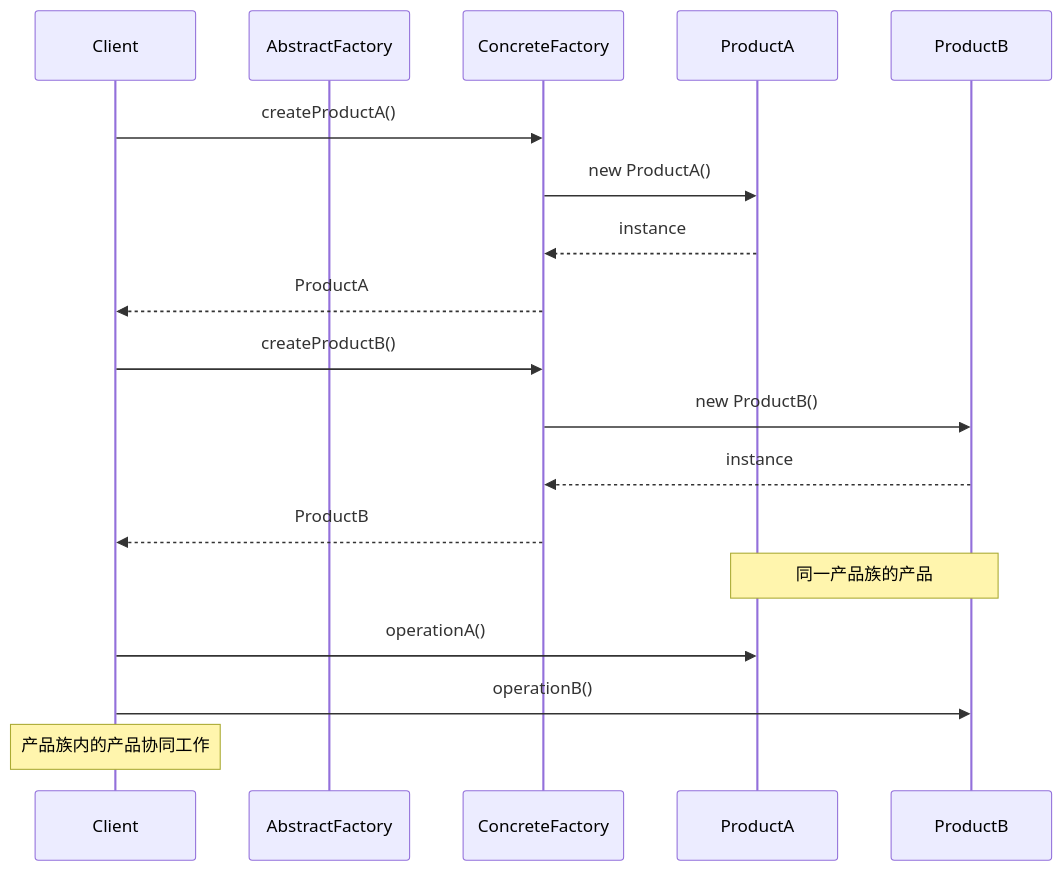
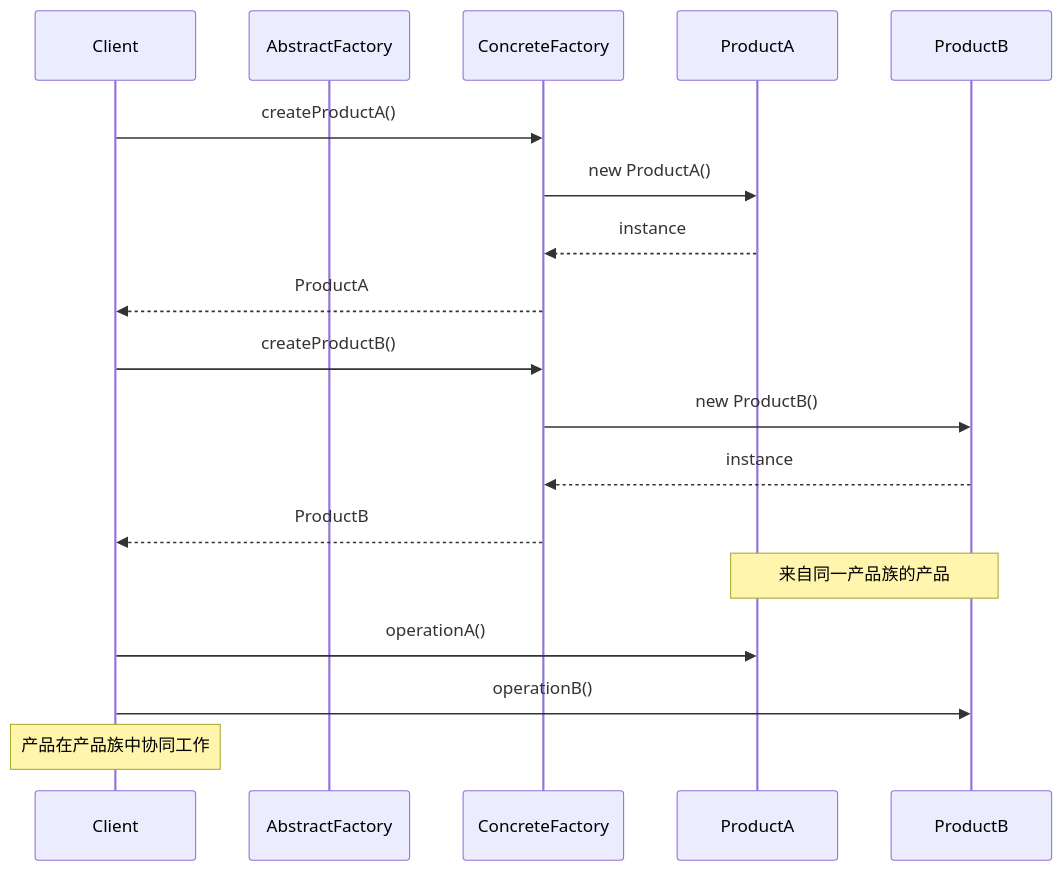
The third of 4 diagrams in resources/design-patterns/laravel/creational/abstract_factory_zh.md (fanly/DesignPattern), drawn with Mermaid before and after one commit. The commit also changed other lines of this file and 22 other files, not shown here.

````diff
--- a/resources/design-patterns/laravel/creational/abstract_factory_zh.md
+++ b/resources/design-patterns/laravel/creational/abstract_factory_zh.md
@@ -149,24 +59,24 @@
 ```mermaid
 sequenceDiagram
     participant Client
     participant AbstractFactory
     participant ConcreteFactory
     participant ProductA
     participant ProductB
     
     Client->>ConcreteFactory: createProductA()
     ConcreteFactory->>ProductA: new ProductA()
     ProductA-->>ConcreteFactory: instance
     ConcreteFactory-->>Client: ProductA
     
     Client->>ConcreteFactory: createProductB()
     ConcreteFactory->>ProductB: new ProductB()
     ProductB-->>ConcreteFactory: instance
     ConcreteFactory-->>Client: ProductB
     
-    Note over ProductA, ProductB: 同一产品族的产品
+    Note over ProductA, ProductB: 来自同一产品族的产品
     Client->>ProductA: operationA()
     Client->>ProductB: operationB()
     
-    Note over Client: 产品族内的产品协同工作
+    Note over Client: 产品在产品族中协同工作
 ```
````
